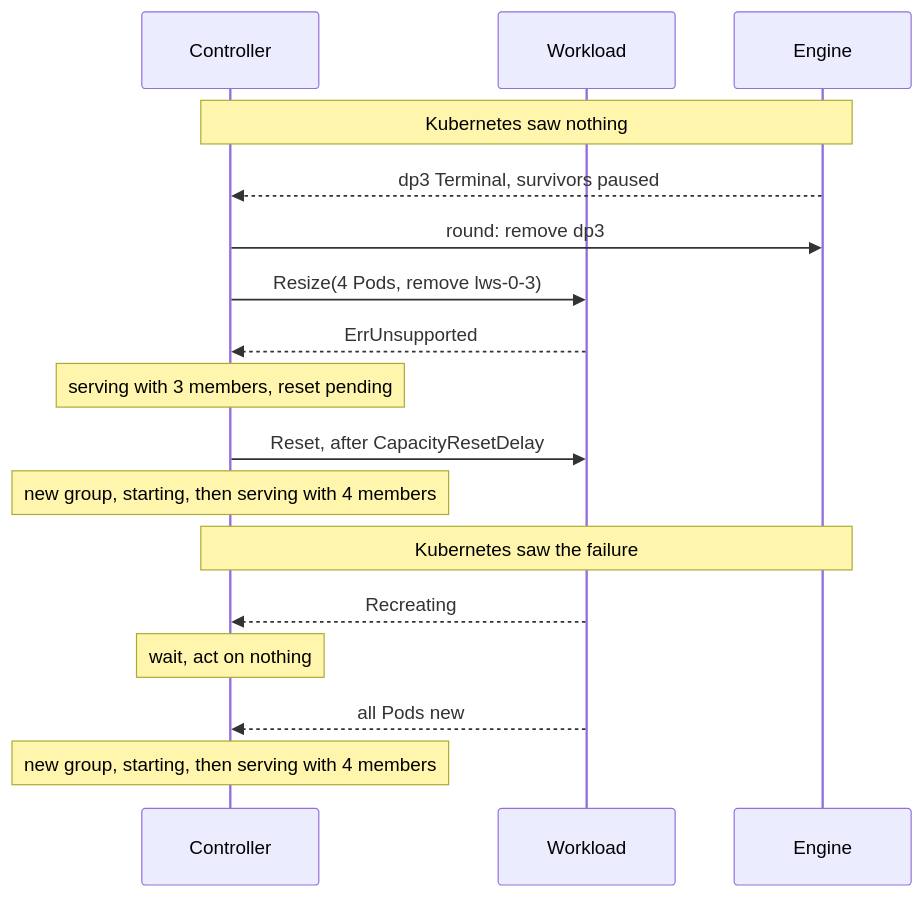
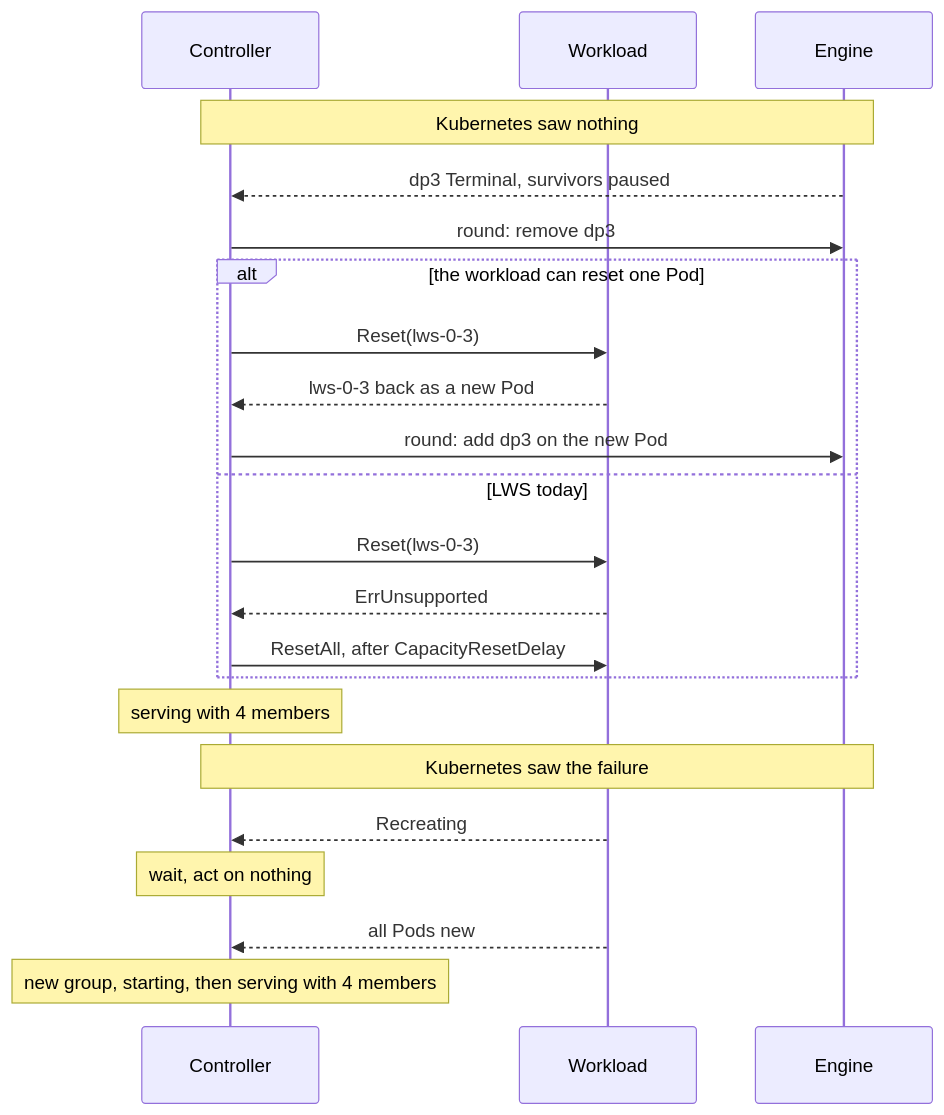
The third of 4 diagrams in docs/design/contracts/controller.md (Etelis/llm-d-resiliency-operator), drawn with Mermaid before and after one commit. The commit also changed other lines of this file and 7 other files, not shown here.

First line of the commit message:
Bring capacity back by resetting, not by adding Pods

````diff
--- a/docs/design/contracts/controller.md
+++ b/docs/design/contracts/controller.md
@@ -240,19 +240,24 @@
 ```mermaid
 sequenceDiagram
   participant C as Controller
   participant W as Workload
   participant E as Engine
   Note over C,E: Kubernetes saw nothing
   E-->>C: dp3 Terminal, survivors paused
   C->>E: round: remove dp3
-  C->>W: Resize(4 Pods, remove lws-0-3)
-  W-->>C: ErrUnsupported
-  Note over C: serving with 3 members, reset pending
-  C->>W: Reset, after CapacityResetDelay
-  Note over C: new group, starting, then serving with 4 members
+  alt the workload can reset one Pod
+    C->>W: Reset(lws-0-3)
+    W-->>C: lws-0-3 back as a new Pod
+    C->>E: round: add dp3 on the new Pod
+  else LWS today
+    C->>W: Reset(lws-0-3)
+    W-->>C: ErrUnsupported
+    C->>W: ResetAll, after CapacityResetDelay
+  end
+  Note over C: serving with 4 members
   Note over C,E: Kubernetes saw the failure
   W-->>C: Recreating
   Note over C: wait, act on nothing
   W-->>C: all Pods new
   Note over C: new group, starting, then serving with 4 members
 ```
````
